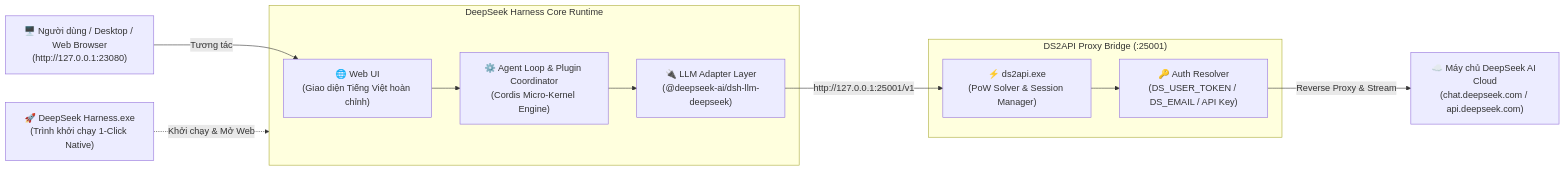
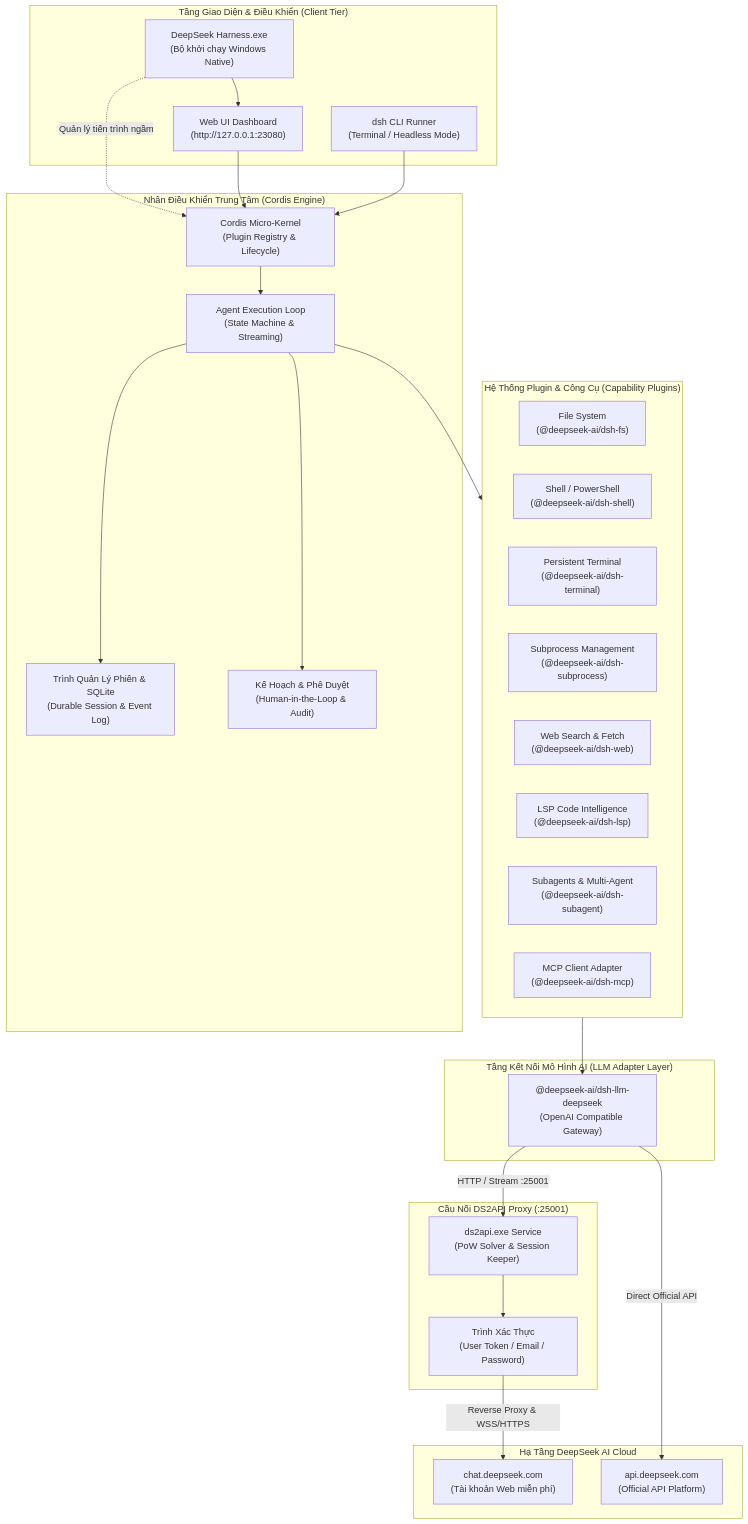
The diagram in README.md (qtu11/DeepSeek-Harness-Agent), drawn with Mermaid before and after one commit. The commit also changed other lines of this file, not shown here.

````diff
--- a/README.md
+++ b/README.md
@@ -13,26 +25,57 @@
 ```mermaid
-flowchart LR
-    User["🖥️ Người dùng / Desktop / Web Browser\n(http://127.0.0.1:23080)"]
-    DesktopApp["🚀 DeepSeek Harness.exe\n(Trình khởi chạy 1-Click Native)"]
-    
-    subgraph Harness["DeepSeek Harness Core Runtime"]
-        WebUI["🌐 Web UI\n(Giao diện Tiếng Việt hoàn chỉnh)"]
-        AgentLoop["⚙️ Agent Loop & Plugin Coordinator\n(Cordis Micro-Kernel Engine)"]
-        LLMAdapter["🔌 LLM Adapter Layer\n(@deepseek-ai/dsh-llm-deepseek)"]
+flowchart TD
+    subgraph Clients["Tầng Giao Diện & Điều Khiển (Client Tier)"]
+        DesktopApp["DeepSeek Harness.exe\n(Bộ khởi chạy Windows Native)"]
+        WebUI["Web UI Dashboard\n(http://127.0.0.1:23080)"]
+        CLI["dsh CLI Runner\n(Terminal / Headless Mode)"]
     end
 
-    subgraph Bridge["DS2API Proxy Bridge (:25001)"]
-        DS2APIRunner["⚡ ds2api.exe\n(PoW Solver & Session Manager)"]
-        TokenAuth["🔑 Auth Resolver\n(DS_USER_TOKEN / DS_EMAIL / API Key)"]
+    subgraph CoreEngine["Nhân Điều Khiển Trung Tâm (Cordis Engine)"]
+        Kernel["Cordis Micro-Kernel\n(Plugin Registry & Lifecycle)"]
+        AgentLoop["Agent Execution Loop\n(State Machine & Streaming)"]
+        SessionMgr["Trình Quản Lý Phiên & SQLite\n(Durable Session & Event Log)"]
+        PlanMode["Kế Hoạch & Phê Duyệt\n(Human-in-the-Loop & Audit)"]
     end
 
-    Upstream["☁️ Máy chủ DeepSeek AI Cloud\n(chat.deepseek.com / api.deepseek.com)"]
+    subgraph Plugins["Hệ Thống Plugin & Công Cụ (Capability Plugins)"]
+        FSPlugin["File System\n(@deepseek-ai/dsh-fs)"]
+        ShellPlugin["Shell / PowerShell\n(@deepseek-ai/dsh-shell)"]
+        TermPlugin["Persistent Terminal\n(@deepseek-ai/dsh-terminal)"]
+        SubprocessPlugin["Subprocess Management\n(@deepseek-ai/dsh-subprocess)"]
+        WebPlugin["Web Search & Fetch\n(@deepseek-ai/dsh-web)"]
+        LSPPlugin["LSP Code Intelligence\n(@deepseek-ai/dsh-lsp)"]
+        SubagentPlugin["Subagents & Multi-Agent\n(@deepseek-ai/dsh-subagent)"]
+        MCPPlugin["MCP Client Adapter\n(@deepseek-ai/dsh-mcp)"]
+    end
 
-    DesktopApp -.->|Khởi chạy & Mở Web| Harness
-    User -->|Tương tác| WebUI
-    WebUI --> AgentLoop
-    AgentLoop --> LLMAdapter
-    LLMAdapter -->|http://127.0.0.1:25001/v1| DS2APIRunner
-    DS2APIRunner --> TokenAuth
-    TokenAuth -->|Reverse Proxy & Stream| Upstream
+    subgraph LLMAdapters["Tầng Kết Nối Mô Hình AI (LLM Adapter Layer)"]
+        LLMProvider["@deepseek-ai/dsh-llm-deepseek\n(OpenAI Compatible Gateway)"]
+    end
+
+    subgraph DS2APIBridge["Cầu Nối DS2API Proxy (:25001)"]
+        DS2APIBin["ds2api.exe Service\n(PoW Solver & Session Keeper)"]
+        AuthResolver["Trình Xác Thực\n(User Token / Email / Password)"]
+    end
+
+    subgraph Cloud["Hạ Tầng DeepSeek AI Cloud"]
+        WebEndpoint["chat.deepseek.com\n(Tài khoản Web miễn phí)"]
+        APIEndpoint["api.deepseek.com\n(Official API Platform)"]
+    end
+
+    DesktopApp --> WebUI
+    DesktopApp -.->|Quản lý tiến trình ngầm| Kernel
+    WebUI --> Kernel
+    CLI --> Kernel
+
+    Kernel --> AgentLoop
+    AgentLoop --> SessionMgr
+    AgentLoop --> PlanMode
+    AgentLoop --> Plugins
+
+    Plugins --> LLMProvider
+    LLMProvider -->|HTTP / Stream :25001| DS2APIBin
+    LLMProvider -->|Direct Official API| APIEndpoint
+
+    DS2APIBin --> AuthResolver
+    AuthResolver -->|Reverse Proxy & WSS/HTTPS| WebEndpoint
 ```
````
